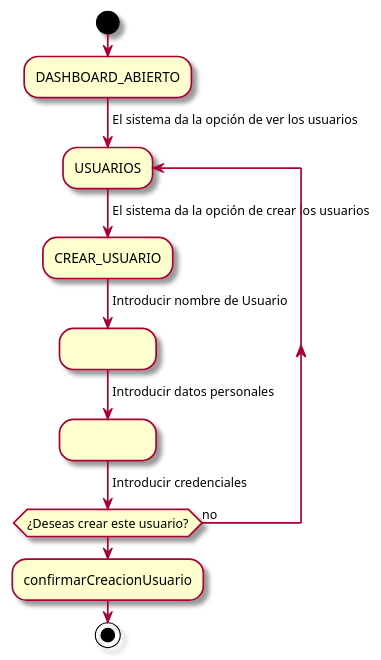
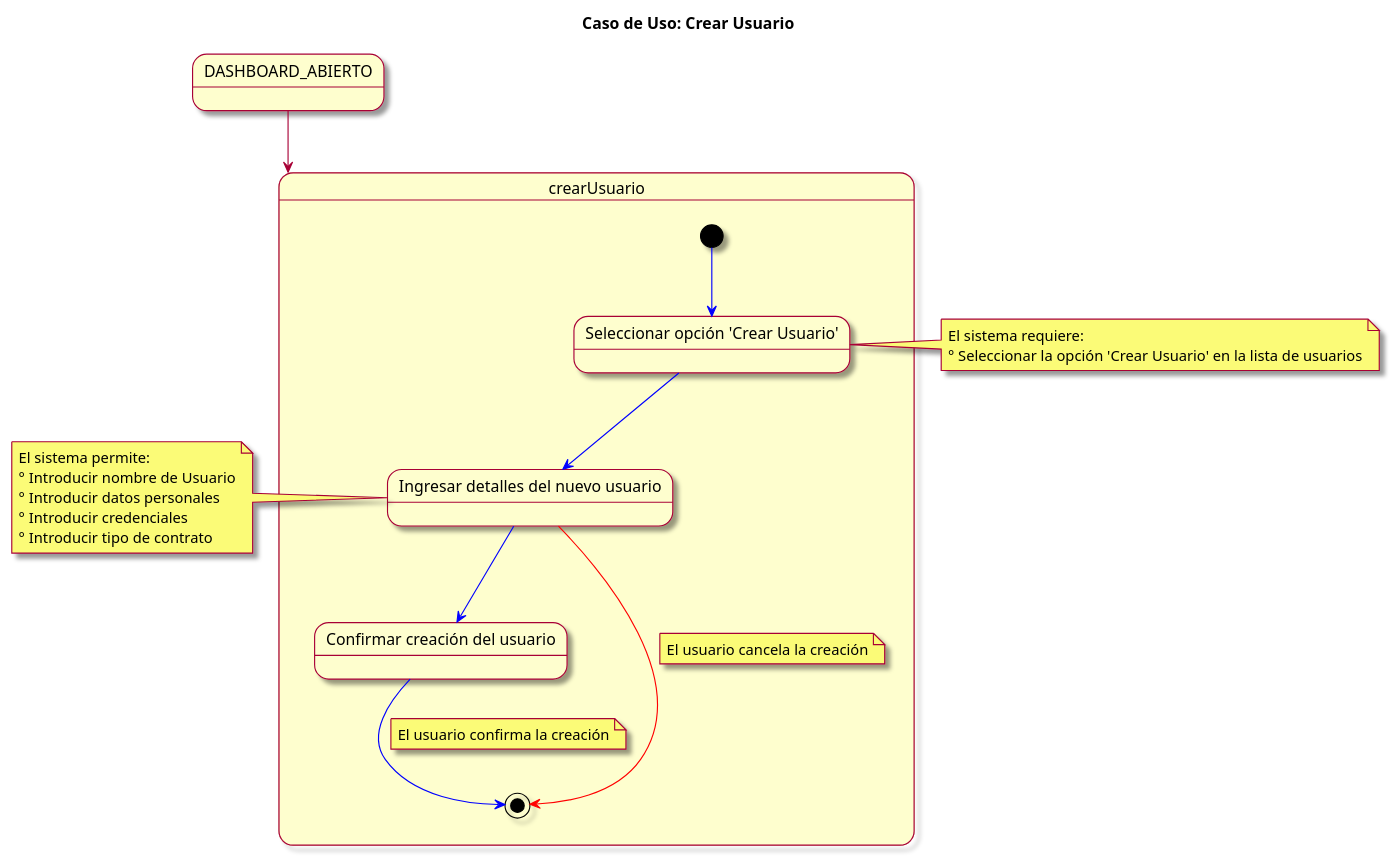
The diagram in modelosUML/casosDeUso/detalles/crearUsuario.puml (mmasias/23-24-IdSw1-SDR), drawn with PlantUML before and after one commit.

```diff
--- a/modelosUML/casosDeUso/detalles/crearUsuario.puml
+++ b/modelosUML/casosDeUso/detalles/crearUsuario.puml
@@ -1,21 +1,36 @@
-@startuml creacion de usuarios
+@startuml
 skin rose
+title Caso de Uso: Crear Usuario
 
-  start
-:DASHBOARD_ABIERTO;
--> El sistema da la opción de ver los usuarios;
-repeat :USUARIOS
--> El sistema da la opción de crear los usuarios;
-:CREAR_USUARIO;
--> Ingresar detalles del nuevo usuario
-  :                     ;
-  ->Introducir nombre de Usuario;
-  :                     ;
-  ->Introducir datos personales;
-  :                     ;
-  ->Introducir credenciales;
-repeat while (¿Deseas crear este usuario?) is (no)
-  :confirmarCreacionUsuario;
-  stop
+state DASHBOARD_ABIERTO
+
+DASHBOARD_ABIERTO --> crearUsuario
+
+state crearUsuario {
+  [*] -[#blue]-> seleccionarOpcionCrear
+  state "Seleccionar opción 'Crear Usuario'" as seleccionarOpcionCrear
+  seleccionarOpcionCrear -[#blue]-> ingresarDetallesUsuario
+  state "Ingresar detalles del nuevo usuario" as ingresarDetallesUsuario
+  ingresarDetallesUsuario -[#blue]-> confirmarCreacionUsuario
+  state "Confirmar creación del usuario" as confirmarCreacionUsuario
+  confirmarCreacionUsuario -[#blue]-> [*]
+  note on link: El usuario confirma la creación
+  
+  ingresarDetallesUsuario -[#red]-> [*]
+  note on link: El usuario cancela la creación
+}
+
+note left of ingresarDetallesUsuario
+  El sistema permite:
+  ° Introducir nombre de Usuario
+  ° Introducir datos personales
+  ° Introducir credenciales
+  ° Introducir tipo de contrato
+end note
+
+note left of seleccionarOpcionCrear
+  El sistema requiere:
+  ° Seleccionar la opción 'Crear Usuario' en la lista de usuarios
+end note
 
 @enduml
```
